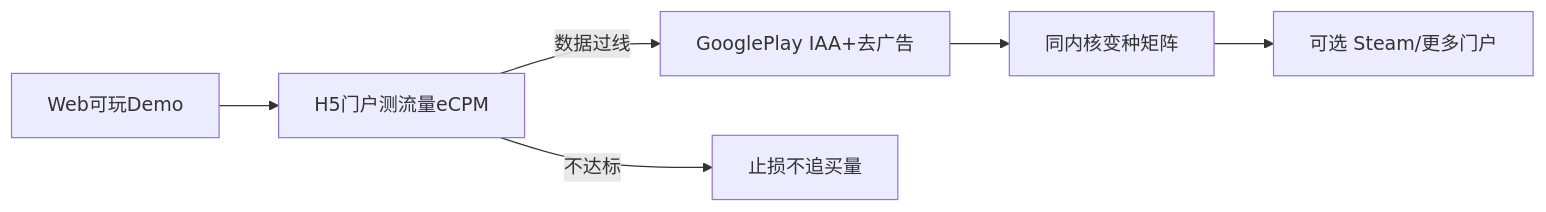
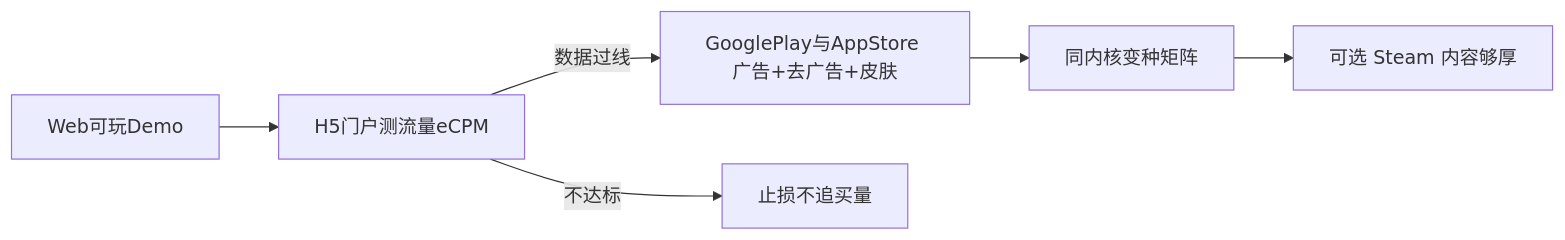
One commit to FansUnion/3pk15 changed the first of 2 diagrams in docs/商业成功/全球游戏平台和游戏开发赚钱模式.md. Above: the diagram before and after it, drawn with Mermaid. The commit also changed other lines of this file and 29 other files, not shown here.

First line of the commit message:
Document architecture overview, channel roadmap, account/i18n task specs, and simplify the backlog.

````diff
--- a/docs/商业成功/全球游戏平台和游戏开发赚钱模式.md
+++ b/docs/商业成功/全球游戏平台和游戏开发赚钱模式.md
@@ -19,8 +21,8 @@
 ```mermaid
 flowchart LR
   demo["Web可玩Demo"] --> portal["H5门户测流量eCPM"]
-  portal -->|"数据过线"| play["GooglePlay IAA+去广告"]
+  portal -->|"数据过线"| play["GooglePlay与AppStore 广告+去广告+皮肤"]
   portal -->|"不达标"| stop["止损不追买量"]
   play --> matrix["同内核变种矩阵"]
-  matrix --> steamMaybe["可选 Steam/更多门户"]
+  matrix --> steamMaybe["可选 Steam 内容够厚"]
 ```
````
